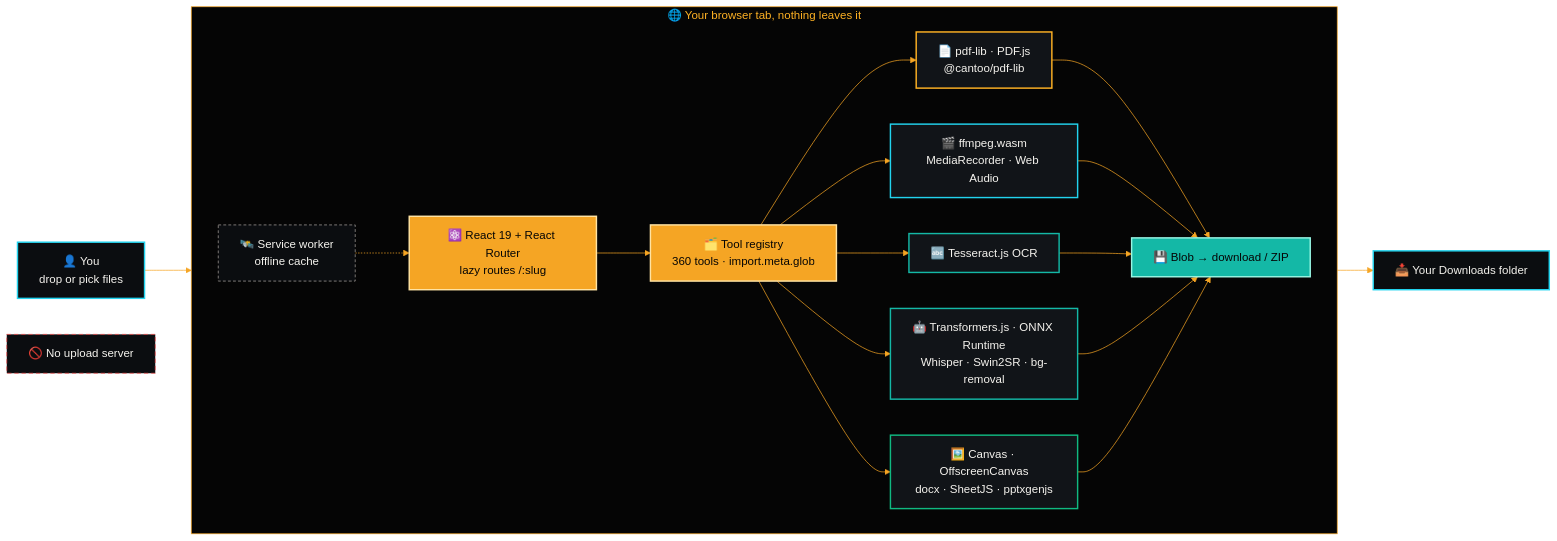
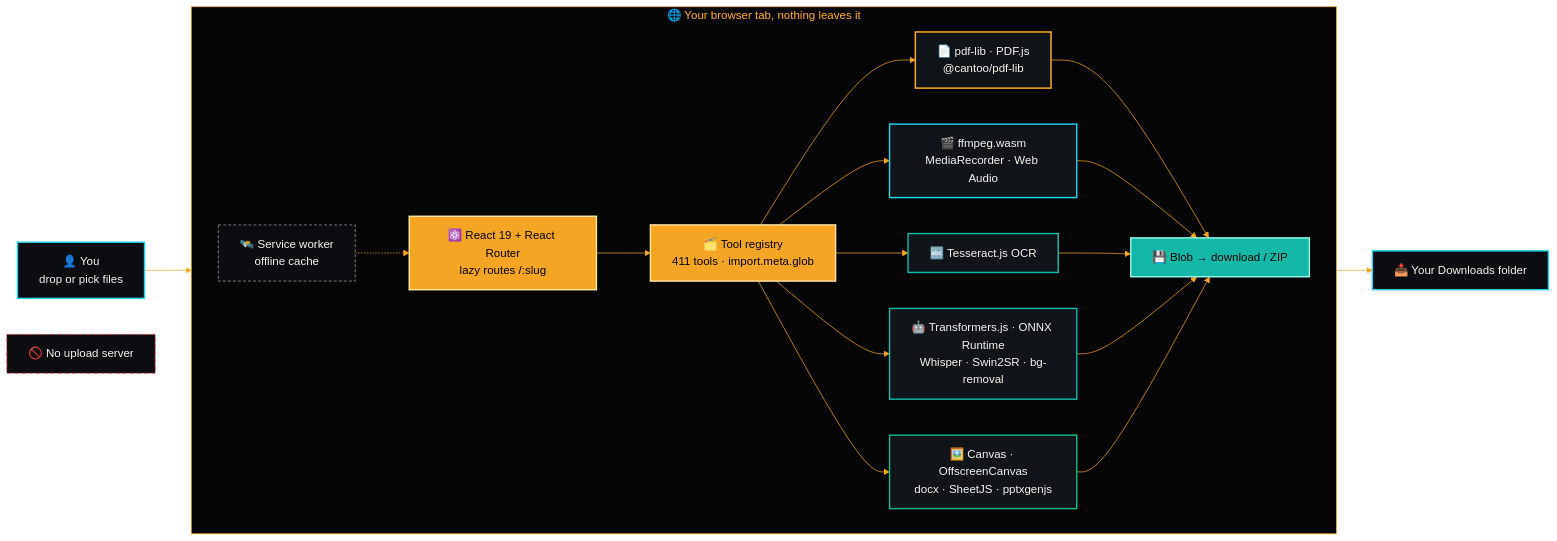
One commit to aniruddhaadak80/OpenFile changed the fourth of 8 diagrams in README.md. Above: the diagram before and after it, drawn with Mermaid. The commit also changed other lines of this file and 92 other files, not shown here.

````diff
--- a/README.md
+++ b/README.md
@@ -1010,31 +1165,31 @@
 ```mermaid
 %%{init: {'theme':'base','themeVariables':{'fontFamily':'system-ui, sans-serif','lineColor':'#F5A524','primaryTextColor':'#F5F3EE','clusterBkg':'#050505','clusterBorder':'#F5A524','titleColor':'#FFB224'}}}%%
 flowchart LR
     U["👤 You<br/>drop or pick files"]:::user --> BR
     subgraph BR["🌐 Your browser tab, nothing leaves it"]
         direction LR
-        RR["⚛️ React 19 + React Router<br/>lazy routes /:slug"]:::ui --> REG["🗂️ Tool registry<br/>360 tools · import.meta.glob"]:::ui
+        RR["⚛️ React 19 + React Router<br/>lazy routes /:slug"]:::ui --> REG["🗂️ Tool registry<br/>411 tools · import.meta.glob"]:::ui
         REG --> E1["📄 pdf-lib · PDF.js<br/>@cantoo/pdf-lib"]:::pdf
         REG --> E2["🎬 ffmpeg.wasm<br/>MediaRecorder · Web Audio"]:::media
         REG --> E3["🔤 Tesseract.js OCR"]:::ai
         REG --> E4["🤖 Transformers.js · ONNX Runtime<br/>Whisper · Swin2SR · bg-removal"]:::ai
         REG --> E5["🖼️ Canvas · OffscreenCanvas<br/>docx · SheetJS · pptxgenjs"]:::img
         E1 --> OUT["💾 Blob → download / ZIP"]:::out
         E2 --> OUT
         E3 --> OUT
         E4 --> OUT
         E5 --> OUT
         SW["🛰️ Service worker<br/>offline cache"]:::sw -.-> RR
     end
     OUT --> D["📥 Your Downloads folder"]:::user
     NS["🚫 No upload server"]:::none
     classDef user fill:#0B0D10,stroke:#22D3EE,color:#F5F3EE,stroke-width:2px
     classDef ui fill:#F5A524,stroke:#FFE3A3,color:#050505,stroke-width:2px
     classDef pdf fill:#111418,stroke:#FFB224,color:#F5F3EE,stroke-width:2px
     classDef media fill:#111418,stroke:#22D3EE,color:#F5F3EE,stroke-width:2px
     classDef ai fill:#111418,stroke:#14B8A6,color:#F5F3EE,stroke-width:2px
     classDef img fill:#111418,stroke:#10B981,color:#F5F3EE,stroke-width:2px
     classDef out fill:#14B8A6,stroke:#99F6E4,color:#050505,stroke-width:2px
     classDef sw fill:#0B0D10,stroke:#A8A29E,color:#F5F3EE,stroke-dasharray:4 3
     classDef none fill:#0B0D10,stroke:#EF4444,color:#F5F3EE,stroke-dasharray:6 4
 ```
````
